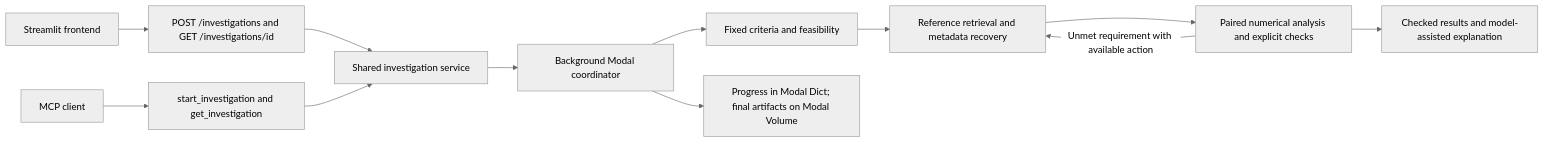
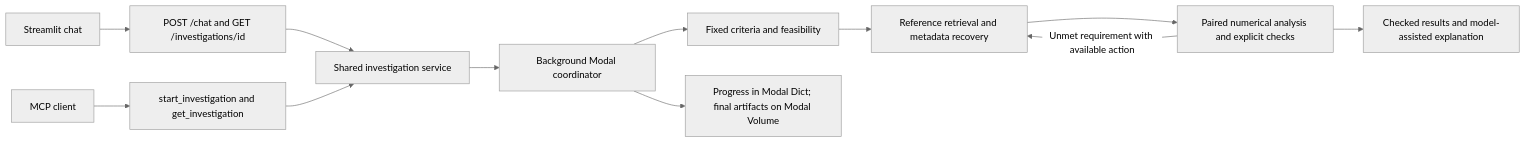
The diagram in docs/coordinator.md (minojWittgen/boston-comp-bio-hack), drawn with Mermaid (neutral theme) before and after one commit. The commit also changed other lines of this file and 15 other files, not shown here.

````diff
--- a/docs/coordinator.md
+++ b/docs/coordinator.md
@@ -7,14 +7,14 @@
 ```mermaid
 flowchart LR
-    UI[Streamlit frontend] --> API[POST /investigations and GET /investigations/id]
+    UI[Streamlit chat] --> API[POST /chat and GET /investigations/id]
     Client[MCP client] --> MCP[start_investigation and get_investigation]
     API --> Service[Shared investigation service]
     MCP --> Service
     Service --> Job[Background Modal coordinator]
     Job --> Criteria[Fixed criteria and feasibility]
     Criteria --> Tools[Reference retrieval and metadata recovery]
     Tools --> Checks[Paired numerical analysis and explicit checks]
     Checks -->|Unmet requirement with available action| Tools
     Checks --> Report[Checked results and model-assisted explanation]
     Job --> State[Progress in Modal Dict; final artifacts on Modal Volume]
 ```
````
